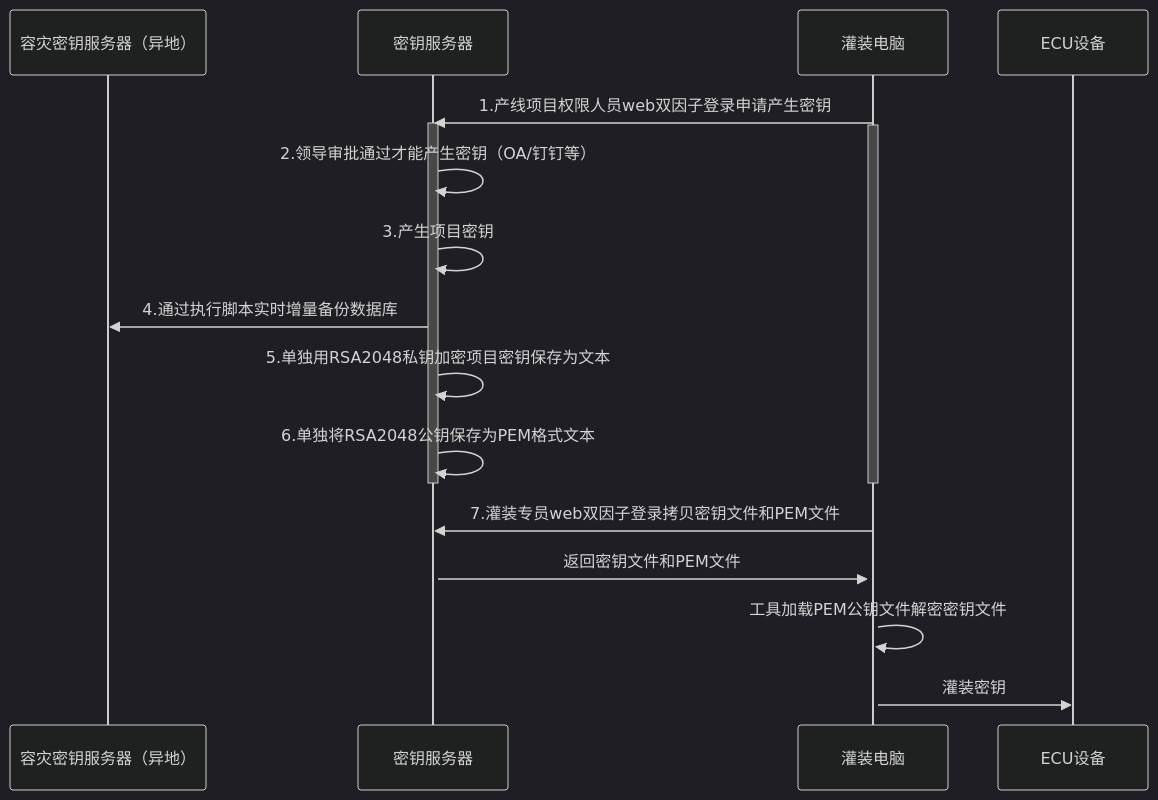
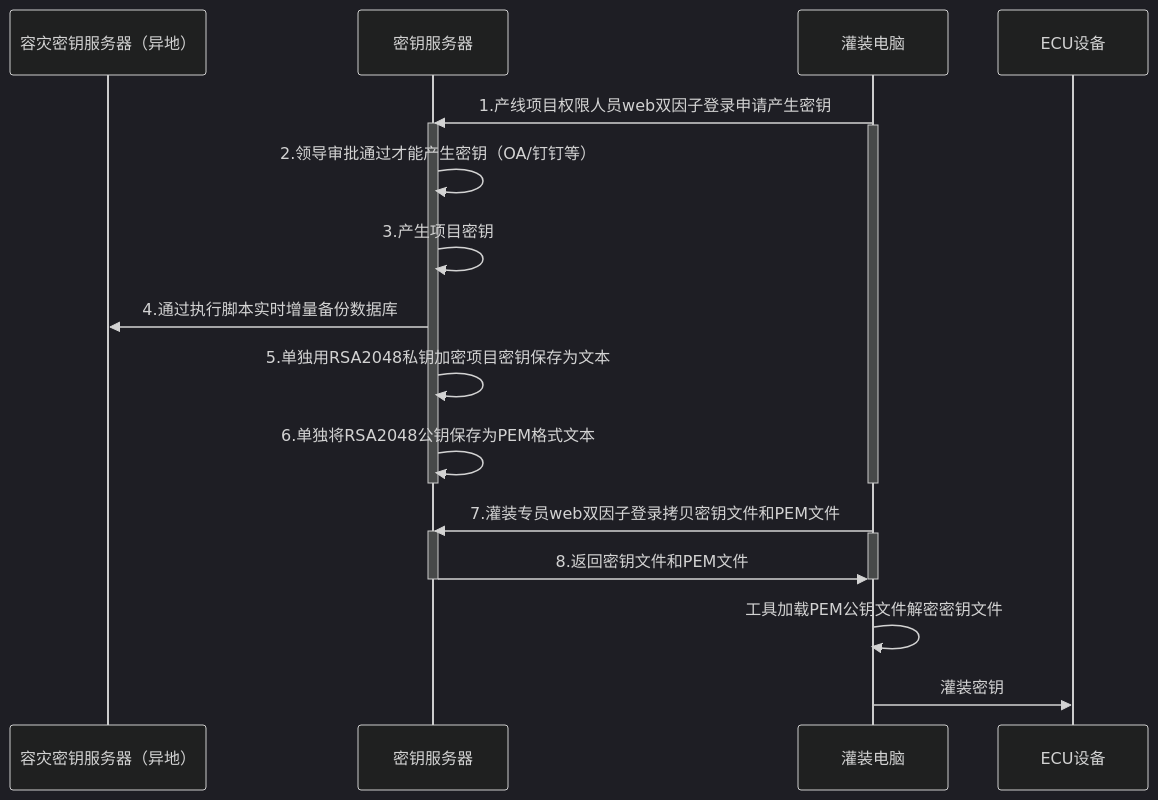
Before and after one commit to facebook-cloud/iodraw-files: the diagram in all/未命名-15.md, drawn with Mermaid (dark theme).

Commit message:
2026-02-11 19:51:52 update

````diff
--- a/all/未命名-15.md
+++ b/all/未命名-15.md
@@ -1,28 +1,30 @@
 ```mermaid
 sequenceDiagram
     participant A as 容灾密钥服务器（异地）
     participant B as 密钥服务器
     participant D as 灌装电脑
     participant E as ECU设备
 
     
     D->>B: 1.产线项目权限人员web双因子登录申请产生密钥
     activate B
     activate D
     B->>B: 2.领导审批通过才能产生密钥（OA/钉钉等）
     B->>B: 3.产生项目密钥
     B->>A: 4.通过执行脚本实时增量备份数据库
     B->>B: 5.单独用RSA2048私钥加密项目密钥保存为文本
     B->>B: 6.单独将RSA2048公钥保存为PEM格式文本
     deactivate B
     deactivate D
 
     
     D->>B: 7.灌装专员web双因子登录拷贝密钥文件和PEM文件
     activate B
     activate D
-    B->>D: 返回密钥文件和PEM文件
+    B->>D: 8.返回密钥文件和PEM文件
+    deactivate B
+    deactivate D
     D->>D:工具加载PEM公钥文件解密密钥文件
     
     D->>E: 灌装密钥
 ```
````
